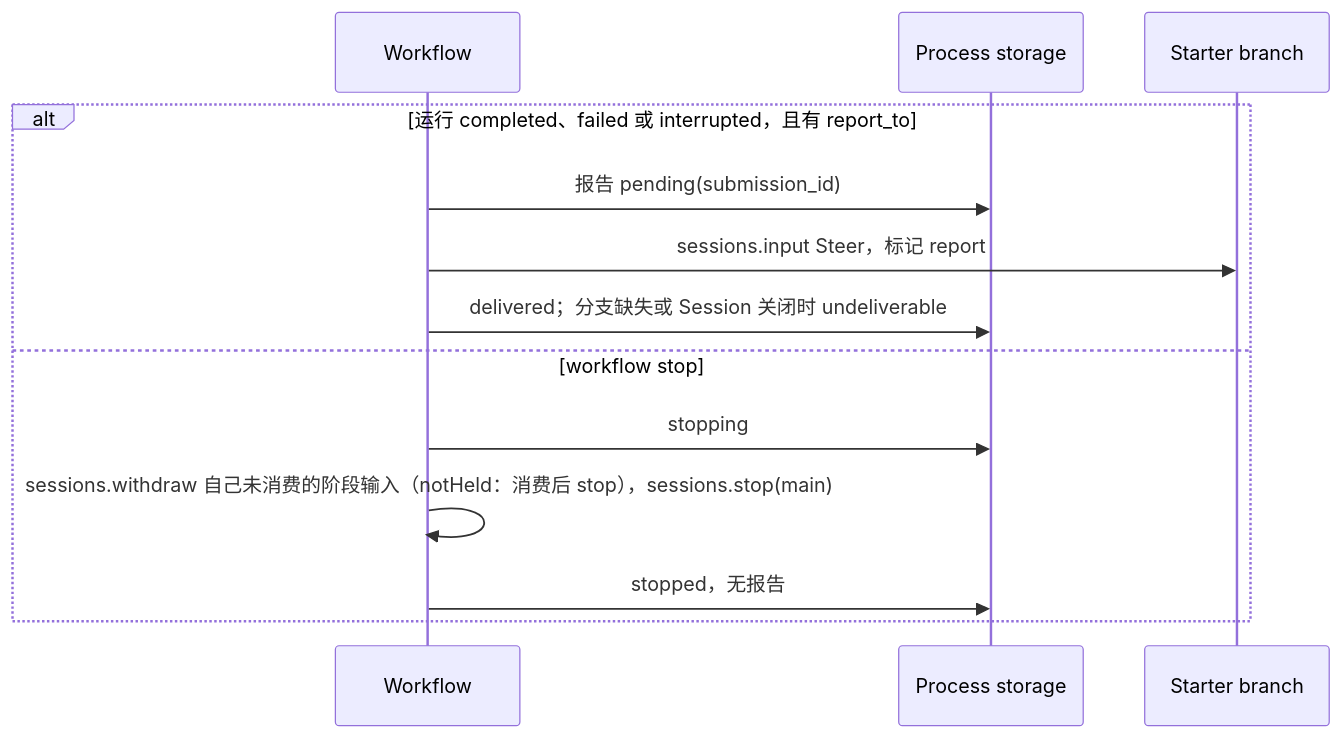
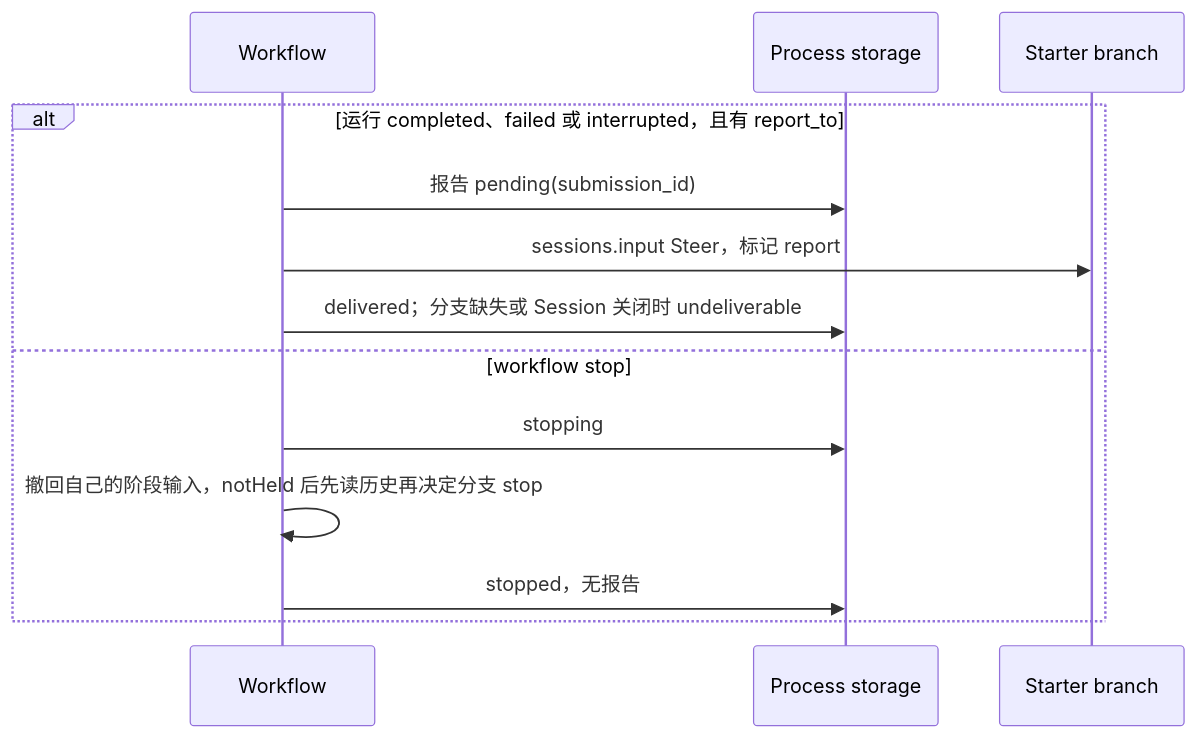
The fourth of 6 diagrams in docs/zh/design/plugins/Workflow.md (CoutinhoTTS/dim-agent), drawn with Mermaid before and after one commit. The commit also changed other lines of this file and 3 other files, not shown here.

````diff
--- a/docs/zh/design/plugins/Workflow.md
+++ b/docs/zh/design/plugins/Workflow.md
@@ -138,15 +138,15 @@
 ```mermaid
 sequenceDiagram
   participant WF as Workflow
   participant ST as Process storage
   participant STB as Starter branch
   alt 运行 completed、failed 或 interrupted，且有 report_to
     WF->>ST: 报告 pending(submission_id)
     WF->>STB: sessions.input Steer，标记 report
     WF->>ST: delivered；分支缺失或 Session 关闭时 undeliverable
   else workflow stop
     WF->>ST: stopping
-    WF->>WF: sessions.withdraw 自己未消费的阶段输入（notHeld：消费后 stop），sessions.stop(main)
+    WF->>WF: 撤回自己的阶段输入，notHeld 后先读历史再决定分支 stop
     WF->>ST: stopped，无报告
   end
 ```
````
